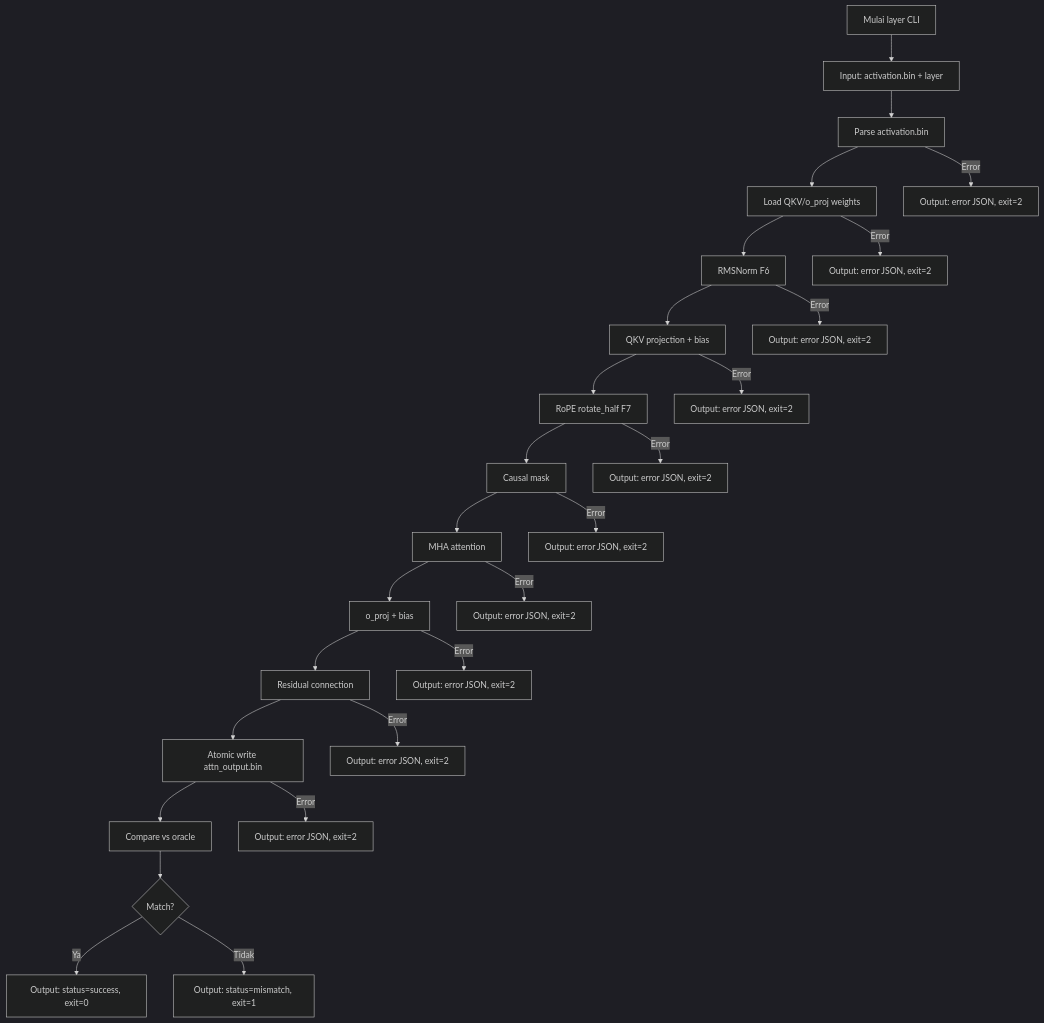
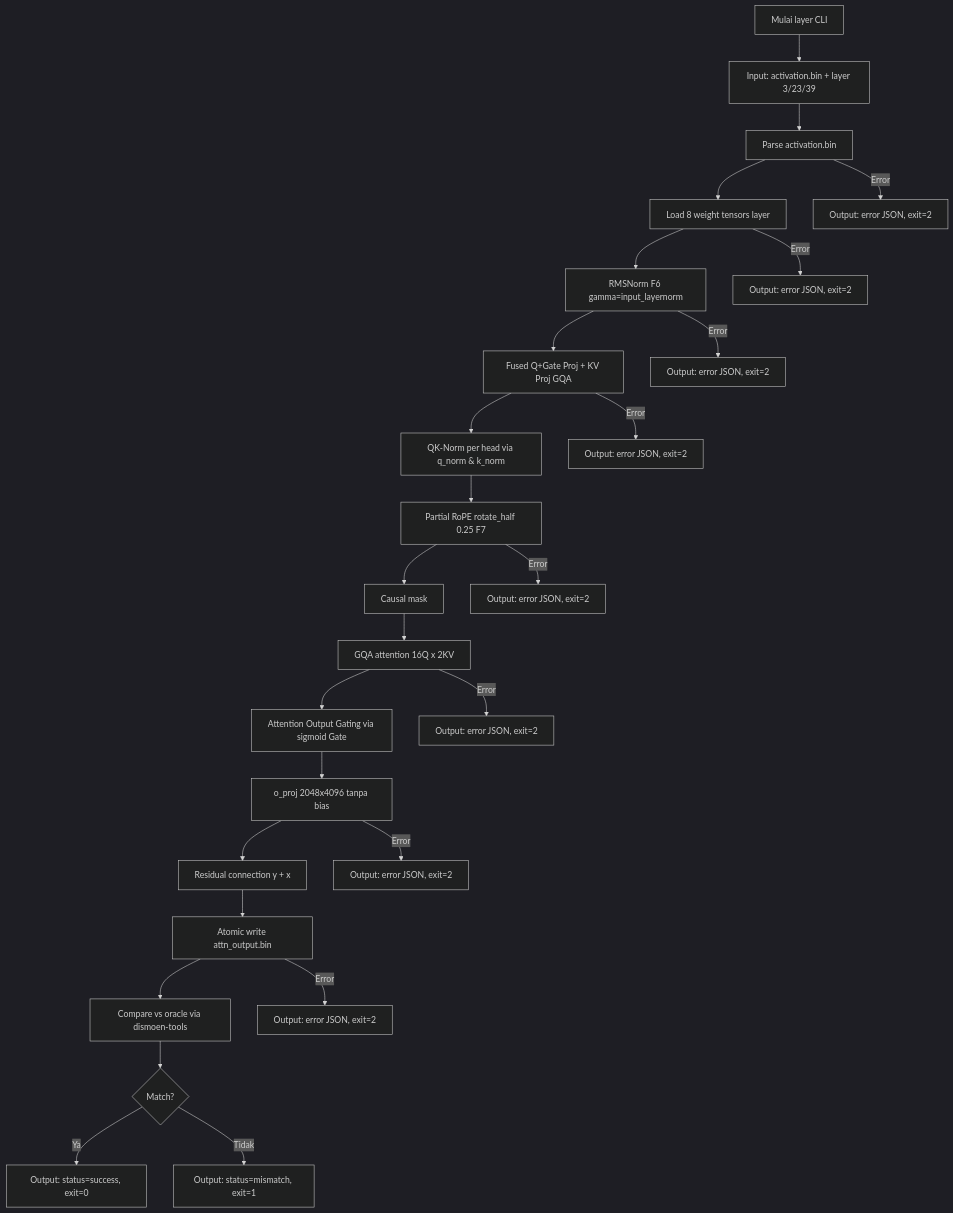
The diagram in docs/milestones/M2-attention.md (will2469/disk-streaming-moe-engine), drawn with Mermaid (dark theme) before and after one commit. The commit also changed other lines of this file and 22 other files, not shown here.

````diff
--- a/docs/milestones/M2-attention.md
+++ b/docs/milestones/M2-attention.md
@@ -248,28 +256,28 @@
 ```mermaid
 flowchart TB
-    START[Mulai layer CLI] --> INPUT[Input: activation.bin + layer]
+    START[Mulai layer CLI] --> INPUT[Input: activation.bin + layer 3/23/39]
     INPUT --> PARSE[Parse activation.bin]
-    PARSE --> LOADW[Load QKV/o_proj weights]
-    LOADW --> NORM[RMSNorm F6]
-    NORM --> QKV[QKV projection + bias]
-    QKV --> ROPE[RoPE rotate_half F7]
+    PARSE --> LOADW[Load 8 weight tensors layer]
+    LOADW --> NORM[RMSNorm F6 gamma=input_layernorm]
+    NORM --> QKV[Fused Q+Gate Proj + KV Proj GQA]
+    QKV --> QKNORM[QK-Norm per head via q_norm & k_norm]
+    QKNORM --> ROPE[Partial RoPE rotate_half 0.25 F7]
     ROPE --> MASK[Causal mask]
-    MASK --> ATT[MHA attention]
-    ATT --> OPROJ[o_proj + bias]
-    OPROJ --> RES[Residual connection]
+    MASK --> ATT[GQA attention 16Q x 2KV]
+    ATT --> GATE[Attention Output Gating via sigmoid Gate]
+    GATE --> OPROJ[o_proj 2048x4096 tanpa bias]
+    OPROJ --> RES[Residual connection y + x]
     RES --> WRITE[Atomic write attn_output.bin]
-    WRITE --> COMPARE[Compare vs oracle]
+    WRITE --> COMPARE[Compare vs oracle via dismoen-tools]
     COMPARE --> CHECK{Match?}
     CHECK -->|Ya| SUCCESS[Output: status=success, exit=0]
     CHECK -->|Tidak| MISMATCH[Output: status=mismatch, exit=1]
     PARSE -->|Error| ERROR1[Output: error JSON, exit=2]
     LOADW -->|Error| ERROR2[Output: error JSON, exit=2]
     NORM -->|Error| ERROR3[Output: error JSON, exit=2]
     QKV -->|Error| ERROR4[Output: error JSON, exit=2]
     ROPE -->|Error| ERROR5[Output: error JSON, exit=2]
-    MASK -->|Error| ERROR6[Output: error JSON, exit=2]
     ATT -->|Error| ERROR7[Output: error JSON, exit=2]
     OPROJ -->|Error| ERROR8[Output: error JSON, exit=2]
-    RES -->|Error| ERROR9[Output: error JSON, exit=2]
     WRITE -->|Error| ERROR10[Output: error JSON, exit=2]
 ```
````
